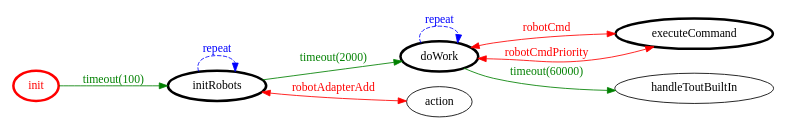
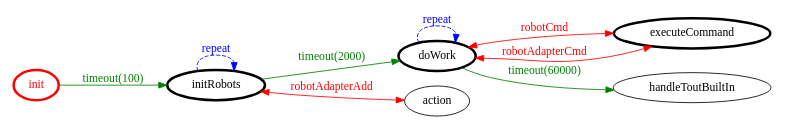
One commit to NiccoMlt/ISS-2018-Final-Task changed the diagram in project/srcMore/it/unibo/robot_adapter/robot_adapter.gv. Above: the diagram before and after it, drawn with Graphviz. The commit also changed 34 other files, not shown here.

```diff
--- a/project/srcMore/it/unibo/robot_adapter/robot_adapter.gv
+++ b/project/srcMore/it/unibo/robot_adapter/robot_adapter.gv
@@ -1,25 +1,25 @@
 /*
 *
 * A GraphViz DOT FSM description 
 * Please use a GraphViz visualizer (like http://www.webgraphviz.com)
 *  
 */
 
 digraph finite_state_machine {
 	rankdir=LR
 	size="8,5"
 	
 	init [ color = red ][ fontcolor = red ][ penwidth = 3 ]
 	initRobots [ color = black ][ fontcolor = black ][ penwidth = 3 ]
 	doWork [ color = black ][ fontcolor = black ][ penwidth = 3 ]
 	executeCommand [ color = black ][ fontcolor = black ][ penwidth = 3 ]
 	
 	doWork -> executeCommand [ label = "robotCmd" ][ color = red ][ fontcolor = red ][ dir = both ]
-	doWork -> executeCommand [ label = "robotCmdPriority" ][ color = red ][ fontcolor = red ][ dir = both ]
+	doWork -> executeCommand [ label = "robotAdapterCmd" ][ color = red ][ fontcolor = red ][ dir = both ]
 	doWork -> handleToutBuiltIn [ label = "timeout(60000)" ][ color = green ][ fontcolor = green ]
 	initRobots -> doWork [ label = "timeout(2000)" ][ color = green ][ fontcolor = green ]
 	initRobots -> action [ label = "robotAdapterAdd" ][ color = red ][ fontcolor = red ][ dir = both ]
 	initRobots -> initRobots [ label = "repeat "][ style = dashed ][ color = blue ][ fontcolor = blue ]
 	doWork -> doWork [ label = "repeat "][ style = dashed ][ color = blue ][ fontcolor = blue ]
 	init -> initRobots [ label = "timeout(100)" ][ color = green ][ fontcolor = green ]
 }
```
